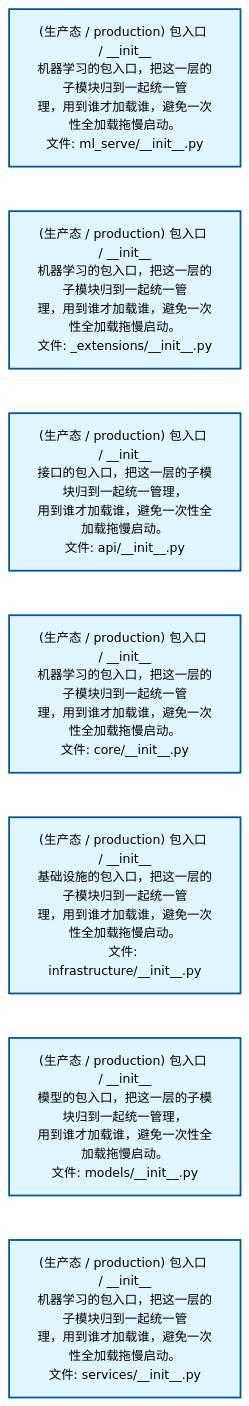
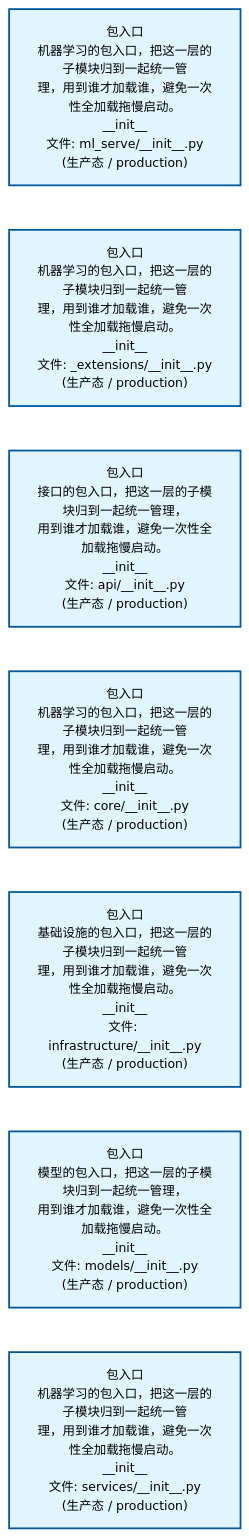
One commit to xuanFelixVan/ZephyrAlpha changed the first of 2 diagrams in docs/02_enterprise_architecture/02_domain_architecture_docs/60_d_ml_serve.md. Above: the diagram before and after it, drawn with Mermaid. The commit also changed other lines of this file and 62 other files, not shown here.

````diff
--- a/docs/02_enterprise_architecture/02_domain_architecture_docs/60_d_ml_serve.md
+++ b/docs/02_enterprise_architecture/02_domain_architecture_docs/60_d_ml_serve.md
@@ -53,22 +53,22 @@
 ```mermaid
 %%{init: {'theme': 'base', 'themeVariables': {'primaryColor': '#eaeaea', 'primaryTextColor': '#333333', 'primaryBorderColor': '#666666', 'lineColor': '#666666', 'secondaryColor': '#eaeaea', 'tertiaryColor': '#eaeaea', 'fontSize': '14px'}}}%%
 flowchart TD
-    src_zephyr_ml_serve_init_py["(生产态 / production) 包入口 / __init__<br/>机器学习的包入口，把这一层的子模块归到一起统一管<br/>理，用到谁才加载谁，避免一次性全加载拖慢启动。<br/>文件: ml_serve/__init__.py"]
-    src_zephyr_ml_serve_extensions_init_py["(生产态 / production) 包入口 / __init__<br/>机器学习的包入口，把这一层的子模块归到一起统一管<br/>理，用到谁才加载谁，避免一次性全加载拖慢启动。<br/>文件: _extensions/__init__.py"]
-    src_zephyr_ml_serve_api_init_py["(生产态 / production) 包入口 / __init__<br/>接口的包入口，把这一层的子模块归到一起统一管理，<br/>用到谁才加载谁，避免一次性全加载拖慢启动。<br/>文件: api/__init__.py"]
-    src_zephyr_ml_serve_core_init_py["(生产态 / production) 包入口 / __init__<br/>机器学习的包入口，把这一层的子模块归到一起统一管<br/>理，用到谁才加载谁，避免一次性全加载拖慢启动。<br/>文件: core/__init__.py"]
-    src_zephyr_ml_serve_infrastructure_init_py["(生产态 / production) 包入口 / __init__<br/>基础设施的包入口，把这一层的子模块归到一起统一管<br/>理，用到谁才加载谁，避免一次性全加载拖慢启动。<br/>文件: infrastructure/__init__.py"]
-    src_zephyr_ml_serve_models_init_py["(生产态 / production) 包入口 / __init__<br/>模型的包入口，把这一层的子模块归到一起统一管理，<br/>用到谁才加载谁，避免一次性全加载拖慢启动。<br/>文件: models/__init__.py"]
-    src_zephyr_ml_serve_services_init_py["(生产态 / production) 包入口 / __init__<br/>机器学习的包入口，把这一层的子模块归到一起统一管<br/>理，用到谁才加载谁，避免一次性全加载拖慢启动。<br/>文件: services/__init__.py"]
+    src_zephyr_ml_serve_init_py["包入口<br/>机器学习的包入口，把这一层的子模块归到一起统一管<br/>理，用到谁才加载谁，避免一次性全加载拖慢启动。<br/>__init__<br/>文件: ml_serve/__init__.py<br/>(生产态 / production)"]
+    src_zephyr_ml_serve_extensions_init_py["包入口<br/>机器学习的包入口，把这一层的子模块归到一起统一管<br/>理，用到谁才加载谁，避免一次性全加载拖慢启动。<br/>__init__<br/>文件: _extensions/__init__.py<br/>(生产态 / production)"]
+    src_zephyr_ml_serve_api_init_py["包入口<br/>接口的包入口，把这一层的子模块归到一起统一管理，<br/>用到谁才加载谁，避免一次性全加载拖慢启动。<br/>__init__<br/>文件: api/__init__.py<br/>(生产态 / production)"]
+    src_zephyr_ml_serve_core_init_py["包入口<br/>机器学习的包入口，把这一层的子模块归到一起统一管<br/>理，用到谁才加载谁，避免一次性全加载拖慢启动。<br/>__init__<br/>文件: core/__init__.py<br/>(生产态 / production)"]
+    src_zephyr_ml_serve_infrastructure_init_py["包入口<br/>基础设施的包入口，把这一层的子模块归到一起统一管<br/>理，用到谁才加载谁，避免一次性全加载拖慢启动。<br/>__init__<br/>文件: infrastructure/__init__.py<br/>(生产态 / production)"]
+    src_zephyr_ml_serve_models_init_py["包入口<br/>模型的包入口，把这一层的子模块归到一起统一管理，<br/>用到谁才加载谁，避免一次性全加载拖慢启动。<br/>__init__<br/>文件: models/__init__.py<br/>(生产态 / production)"]
+    src_zephyr_ml_serve_services_init_py["包入口<br/>机器学习的包入口，把这一层的子模块归到一起统一管<br/>理，用到谁才加载谁，避免一次性全加载拖慢启动。<br/>__init__<br/>文件: services/__init__.py<br/>(生产态 / production)"]
     src_zephyr_ml_serve_init_py ~~~ src_zephyr_ml_serve_extensions_init_py
     src_zephyr_ml_serve_extensions_init_py ~~~ src_zephyr_ml_serve_api_init_py
     src_zephyr_ml_serve_api_init_py ~~~ src_zephyr_ml_serve_core_init_py
     src_zephyr_ml_serve_core_init_py ~~~ src_zephyr_ml_serve_infrastructure_init_py
     src_zephyr_ml_serve_infrastructure_init_py ~~~ src_zephyr_ml_serve_models_init_py
     src_zephyr_ml_serve_models_init_py ~~~ src_zephyr_ml_serve_services_init_py
     classDef production fill:#e1f5fe,stroke:#01579b,stroke-width:2px,color:#000
     classDef design fill:#fff3e0,stroke:#e65100,stroke-width:2px,color:#000,stroke-dasharray: 5 5
     classDef external_prod fill:#e8f4fd,stroke:#0277bd,stroke-width:1px,color:#000
     classDef external_design fill:#fff8e7,stroke:#ef6c00,stroke-width:1px,color:#000,stroke-dasharray: 5 5
     class src_zephyr_ml_serve_init_py,src_zephyr_ml_serve_extensions_init_py,src_zephyr_ml_serve_api_init_py,src_zephyr_ml_serve_core_init_py,src_zephyr_ml_serve_infrastructure_init_py,src_zephyr_ml_serve_models_init_py,src_zephyr_ml_serve_services_init_py production
 ```
````
